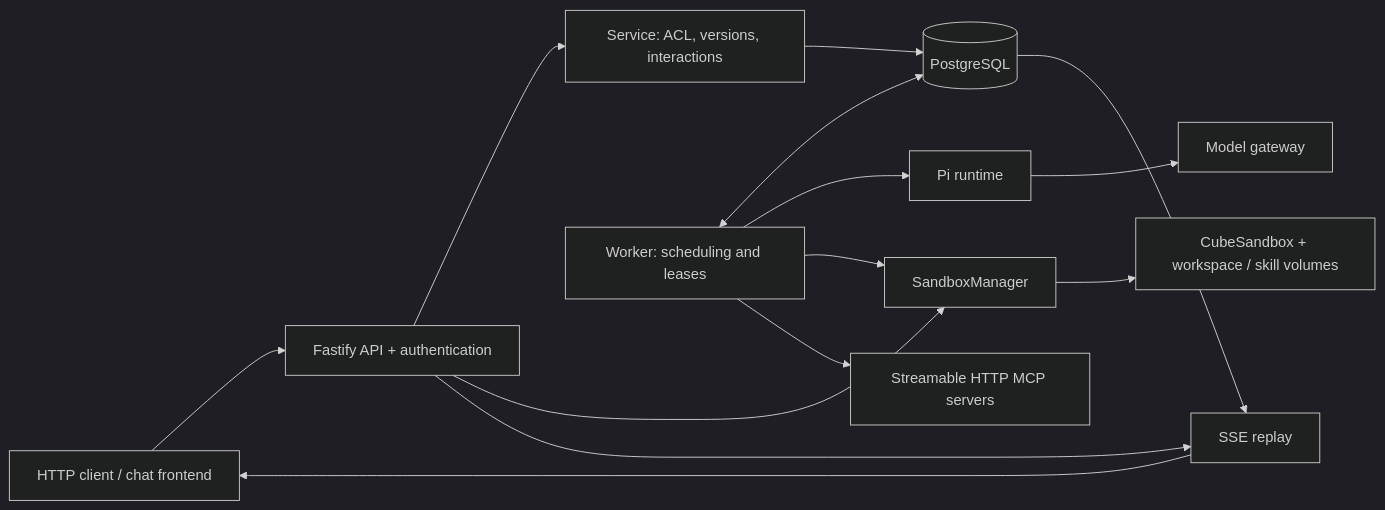
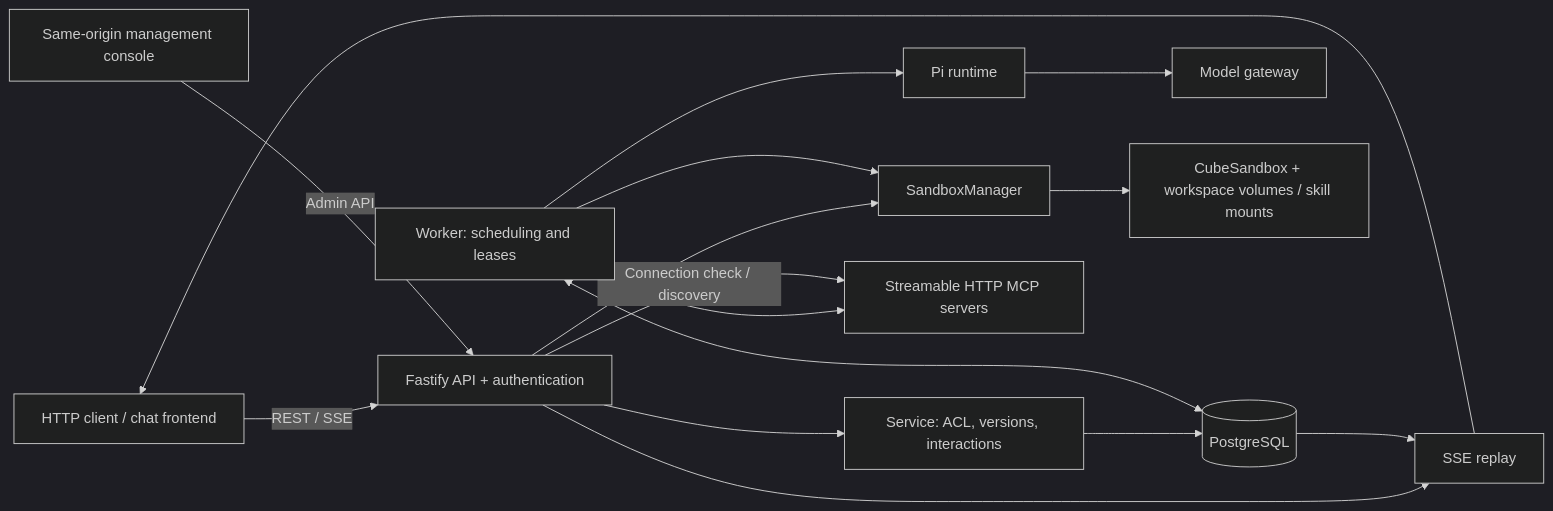
Before and after one commit to Garhorne0813/pi-flow: the first of 2 diagrams in docs/architecture.md, drawn with Mermaid (dark theme). The commit also changed other lines of this file and 1 other file, not shown here.

Commit message:
docs: align bilingual architecture guides with main

````diff
--- a/docs/architecture.md
+++ b/docs/architecture.md
@@ -9,16 +9,18 @@
 ```mermaid
 flowchart LR
-    Client[HTTP client / chat frontend] --> API[Fastify API + authentication]
+    Client[HTTP client / chat frontend] -->|REST / SSE| API[Fastify API + authentication]
+    Console[Same-origin management console] -->|Admin API| API
     API --> Service[Service: ACL, versions, interactions]
     Service --> DB[(PostgreSQL)]
     API --> Manager[SandboxManager]
     Worker[Worker: scheduling and leases] <--> DB
     Worker --> Pi[Pi runtime]
     Pi --> Gateway[Model gateway]
     Worker --> Manager
-    Manager --> Cube[CubeSandbox + workspace / skill volumes]
+    Manager --> Cube[CubeSandbox + workspace volumes / skill mounts]
     Worker --> MCP[Streamable HTTP MCP servers]
+    API -->|Connection check / discovery| MCP
     API --> SSE[SSE replay]
     DB --> SSE
     SSE --> Client
 ```
````
